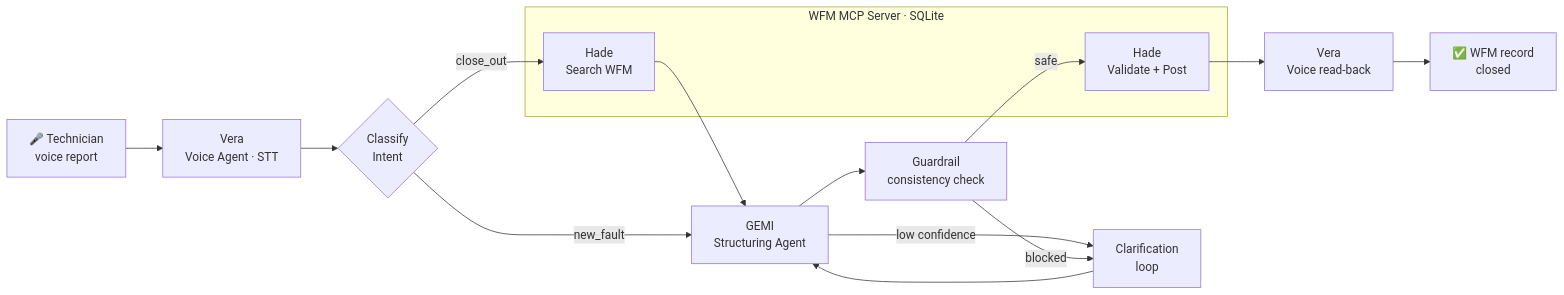
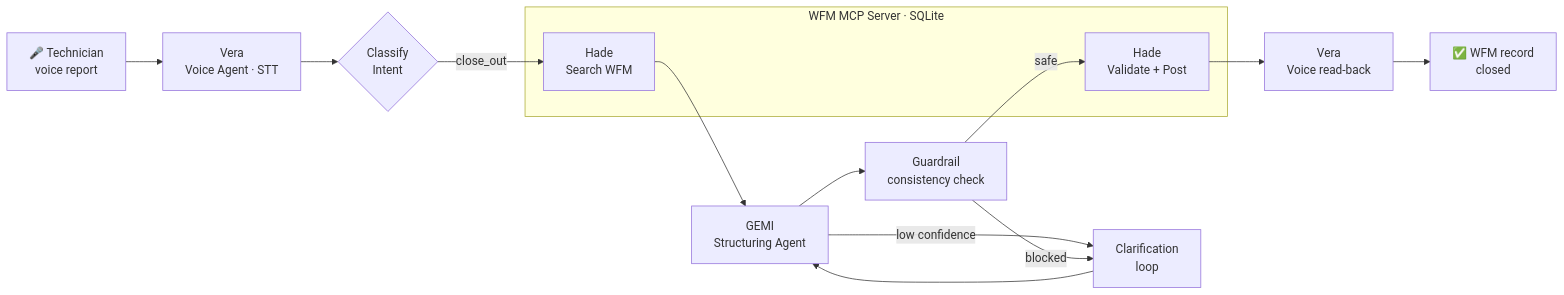
The diagram in README.md (OmkumarSolanki/Team-ZO), drawn with Mermaid before and after one commit.

Commit message:
update architecture diagram to exclude new_fault flow

````diff
--- a/README.md
+++ b/README.md
@@ -71,20 +71,19 @@
 ```mermaid
 flowchart LR
     A[🎤 Technician<br/>voice report] --> V[Vera<br/>Voice Agent · STT]
     V --> C{Classify<br/>Intent}
     C -->|close_out| S[Hade<br/>Search WFM]
-    C -->|new_fault| G
     S --> G[GEMI<br/>Structuring Agent]
     G -->|low confidence| K[Clarification<br/>loop]
     K --> G
     G --> GD[Guardrail<br/>consistency check]
     GD -->|safe| P[Hade<br/>Validate + Post]
     GD -->|blocked| K
     P --> CF[Vera<br/>Voice read-back]
     CF --> Z[✅ WFM record<br/>closed]
 
     subgraph MCP[WFM MCP Server · SQLite]
         S
         P
     end
 ```
````
